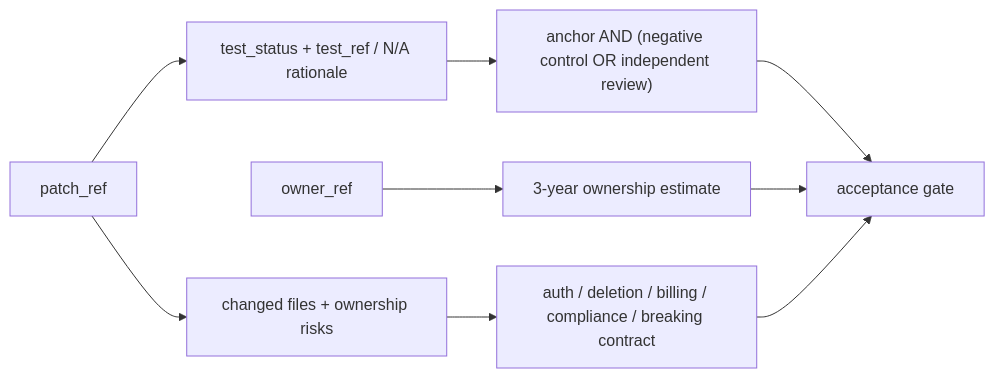
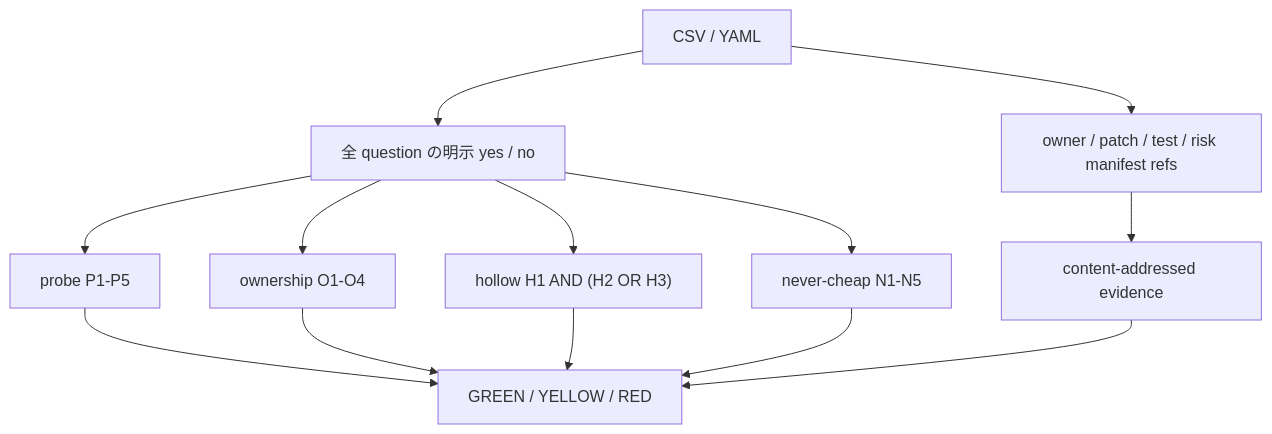
Before and after one commit to suwa-sh/ai-delegation-readiness: the second of 2 diagrams in docs/11_patch_ownership_gate.md, drawn with Mermaid. The commit also changed other lines of this file and 18 other files, not shown here.

Commit message:
docs: align patch ownership guide and samples

````diff
--- a/docs/11_patch_ownership_gate.md
+++ b/docs/11_patch_ownership_gate.md
@@ -65,11 +194,15 @@
 ```mermaid
-flowchart LR
-    patch["patch_ref"] --> manifest["changed files + ownership risks"]
-    patch --> tests["test_status + test_ref / N/A rationale"]
-    owner["owner_ref"] --> cost["3-year ownership estimate"]
-    tests --> integrity["anchor AND (negative control OR independent review)"]
-    manifest --> categories["auth / deletion / billing / compliance / breaking contract"]
-    integrity --> gate["acceptance gate"]
-    cost --> gate
-    categories --> gate
+flowchart TB
+    input["CSV / YAML"] --> answers["全 question の明示 yes / no"]
+    input --> refs["owner / patch / test / risk manifest refs"]
+    answers --> probe["probe P1-P5"]
+    answers --> ownership["ownership O1-O4"]
+    answers --> hollow["hollow H1 AND (H2 OR H3)"]
+    answers --> risk["never-cheap N1-N5"]
+    refs --> evidence["content-addressed evidence"]
+    probe --> gate["GREEN / YELLOW / RED"]
+    ownership --> gate
+    hollow --> gate
+    risk --> gate
+    evidence --> gate
 ```
````
